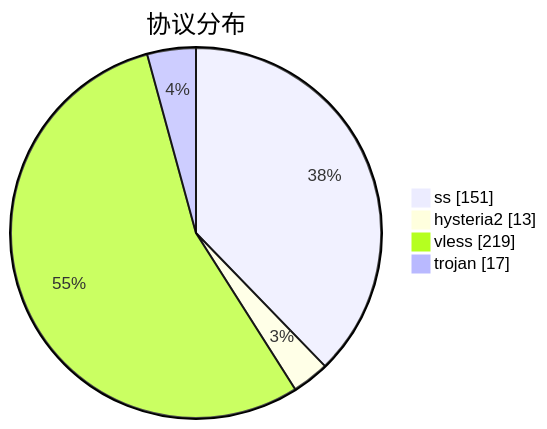
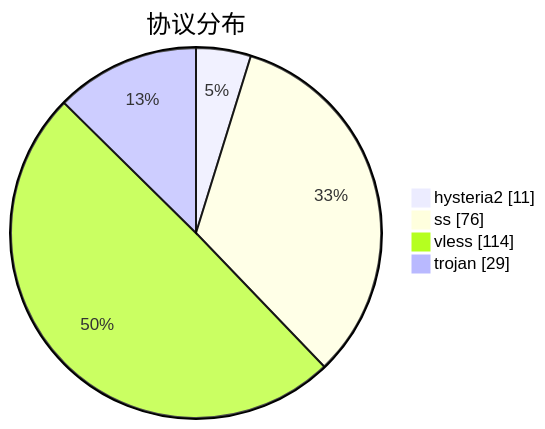
One commit to qjlxg/airport changed the third of 3 diagrams in subs/statistics/tested_within.md. Above: the diagram before and after it, drawn with Mermaid. The commit also changed other lines of this file and 2 other files, not shown here.

````diff
--- a/subs/statistics/tested_within.md
+++ b/subs/statistics/tested_within.md
@@ -18,8 +19,8 @@
 ```mermaid
 pie showData
 title 协议分布
-"ss" : 151
-"hysteria2" : 13
-"vless" : 219
-"trojan" : 17
+"hysteria2" : 11
+"ss" : 76
+"vless" : 114
+"trojan" : 29
 ```
````
